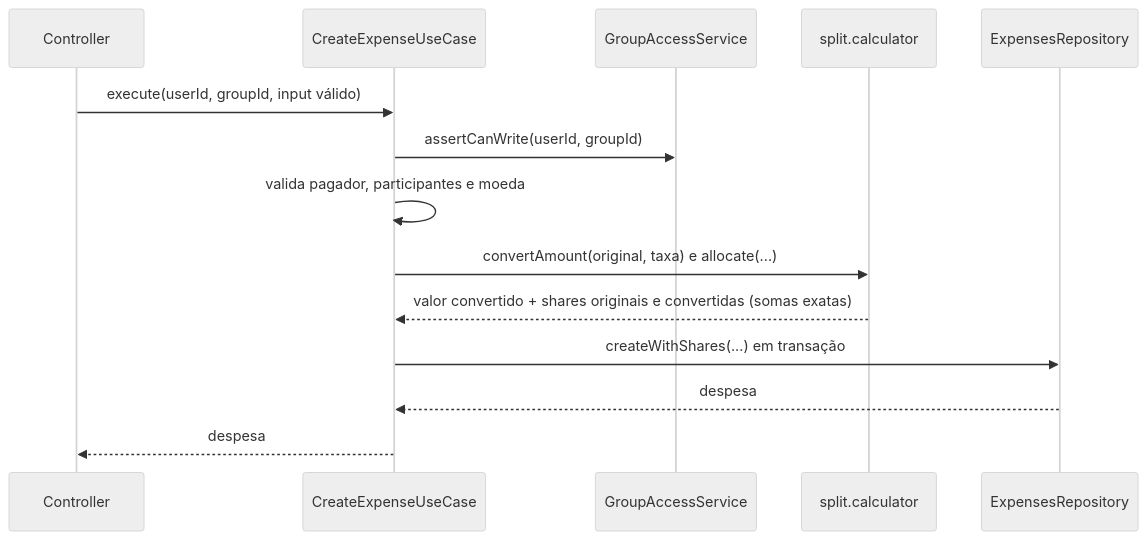
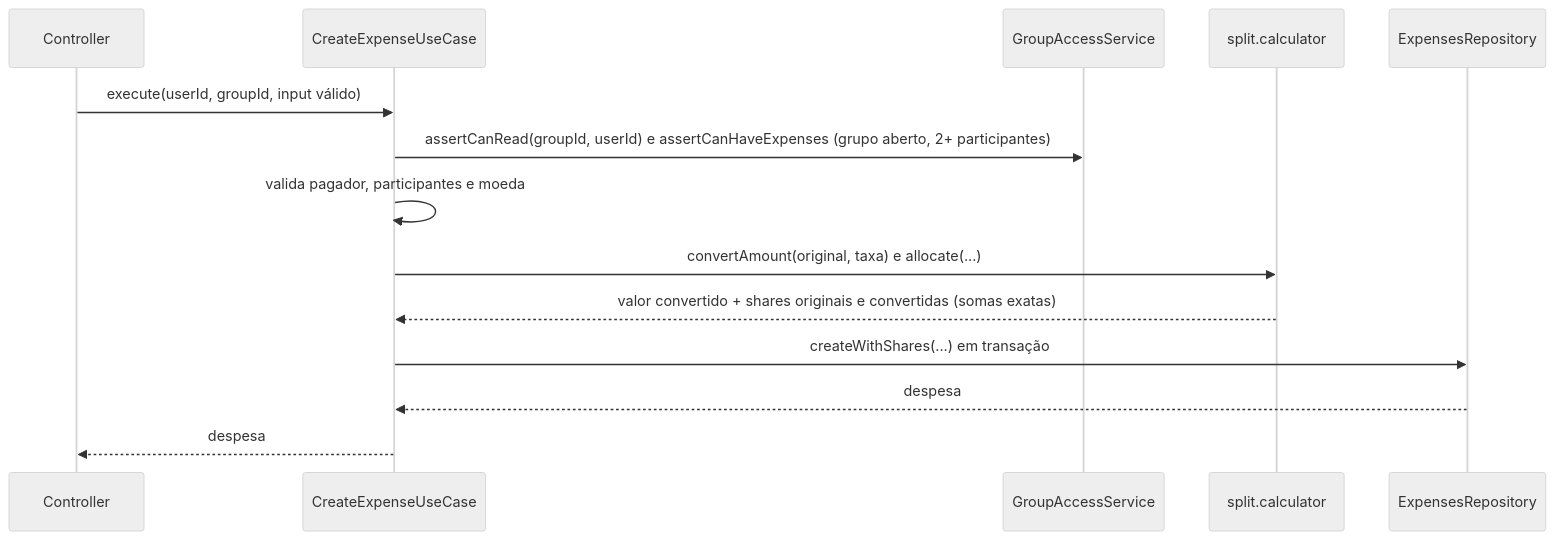
Before and after one commit to iguinn13/split-and-go-case: the third of 3 diagrams in docs/architecture/plan.md, drawn with Mermaid (neutral theme). The commit also changed other lines of this file and 17 other files, not shown here.

````diff
--- a/docs/architecture/plan.md
+++ b/docs/architecture/plan.md
@@ -160,17 +170,17 @@
 ```mermaid
 sequenceDiagram
     participant C as Controller
     participant U as CreateExpenseUseCase
     participant G as GroupAccessService
     participant S as split.calculator
     participant R as ExpensesRepository
 
     C->>U: execute(userId, groupId, input válido)
-    U->>G: assertCanWrite(userId, groupId)
+    U->>G: assertCanRead(groupId, userId) e assertCanHaveExpenses (grupo aberto, 2+ participantes)
     U->>U: valida pagador, participantes e moeda
     U->>S: convertAmount(original, taxa) e allocate(...)
     S-->>U: valor convertido + shares originais e convertidas (somas exatas)
     U->>R: createWithShares(...) em transação
     R-->>U: despesa
     U-->>C: despesa
 ```
````
